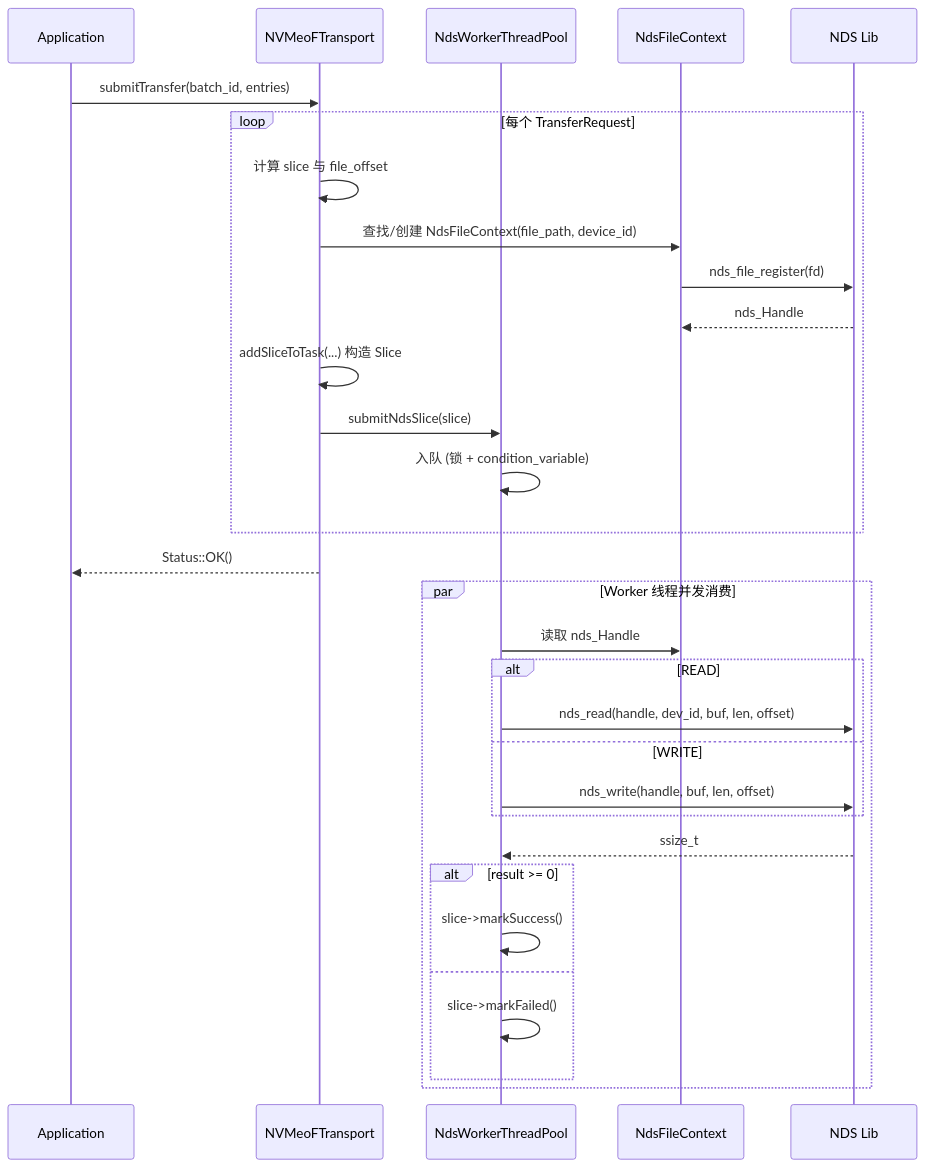
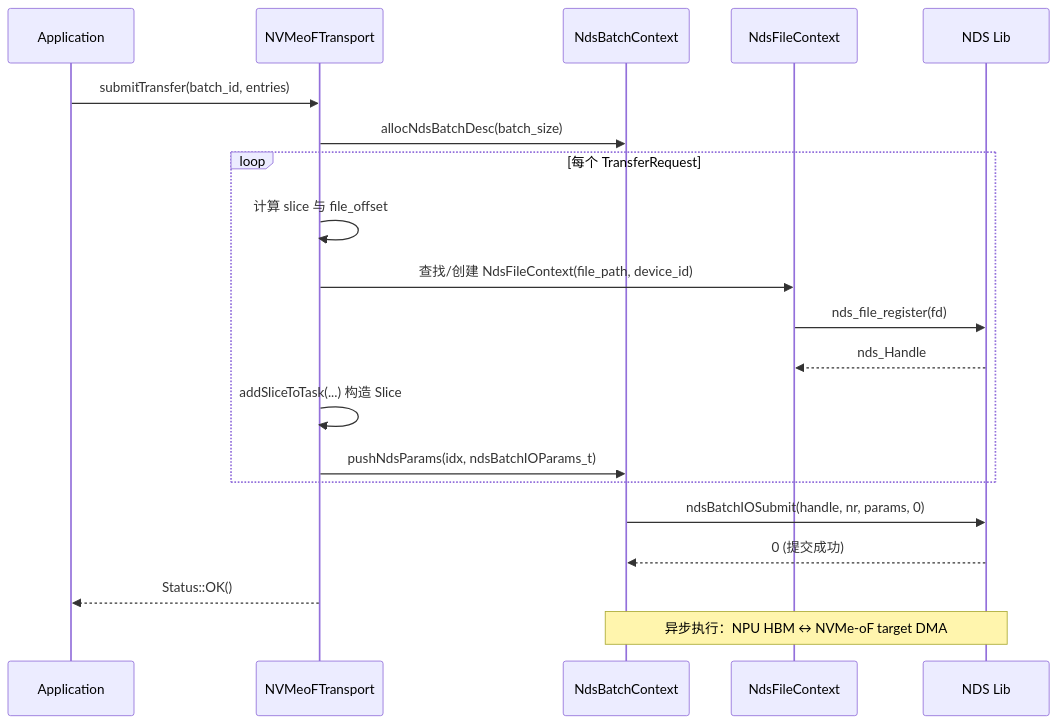
The sixth of 17 diagrams in docs/rfc-nds-nvmeof-transport-cn.md (yz53665/Mooncake), drawn with Mermaid before and after one commit. The commit also changed other lines of this file, not shown here.

````diff
--- a/docs/rfc-nds-nvmeof-transport-cn.md
+++ b/docs/rfc-nds-nvmeof-transport-cn.md
@@ -259,35 +286,24 @@
 ```mermaid
 sequenceDiagram
     participant App as Application
     participant NVT as NVMeoFTransport
-    participant Pool as NdsWorkerThreadPool
-    participant Ctx as NdsFileContext
+    participant NdsCtx as NdsBatchContext
+    participant FileCtx as NdsFileContext
     participant NDS as NDS Lib
 
     App->>NVT: submitTransfer(batch_id, entries)
+    NVT->>NdsCtx: allocNdsBatchDesc(batch_size)
     loop 每个 TransferRequest
         NVT->>NVT: 计算 slice 与 file_offset
-        NVT->>Ctx: 查找/创建 NdsFileContext(file_path, device_id)
-        Ctx->>NDS: nds_file_register(fd)
-        NDS-->>Ctx: nds_Handle
+        NVT->>FileCtx: 查找/创建 NdsFileContext(file_path, device_id)
+        FileCtx->>NDS: nds_file_register(fd)
+        NDS-->>FileCtx: nds_Handle
         NVT->>NVT: addSliceToTask(...) 构造 Slice
-        NVT->>Pool: submitNdsSlice(slice)
-        Pool->>Pool: 入队 (锁 + condition_variable)
+        NVT->>NdsCtx: pushNdsParams(idx, ndsBatchIOParams_t)
     end
+    NdsCtx->>NDS: ndsBatchIOSubmit(handle, nr, params, 0)
+    NDS-->>NdsCtx: 0 (提交成功)
     NVT-->>App: Status::OK()
 
-    par Worker 线程并发消费
-        Pool->>Ctx: 读取 nds_Handle
-        alt READ
-            Pool->>NDS: nds_read(handle, dev_id, buf, len, offset)
-        else WRITE
-            Pool->>NDS: nds_write(handle, buf, len, offset)
-        end
-        NDS-->>Pool: ssize_t
-        alt result >= 0
-            Pool->>Pool: slice->markSuccess()
-        else
-            Pool->>Pool: slice->markFailed()
-        end
-    end
+    Note over NdsCtx,NDS: 异步执行：NPU HBM ↔ NVMe-oF target DMA
 ```
````
